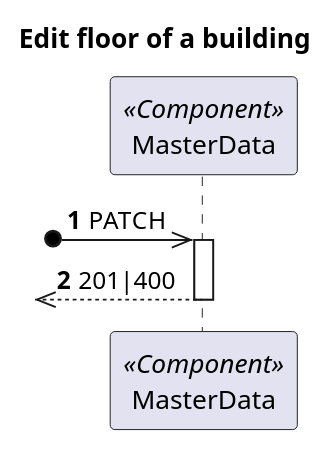
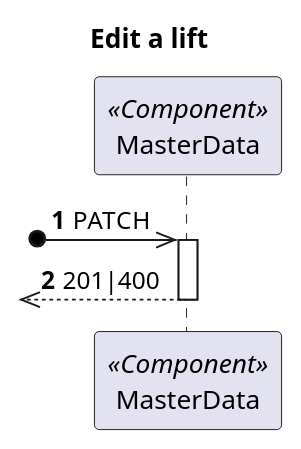
The diagram in docs/Vista Processo/US280/Process_View_Level2_US280.puml (1210910/lapr5), drawn with PlantUML before and after one commit. The commit also changed 66 other files, not shown here.

```diff
--- a/docs/Vista Processo/US280/Process_View_Level2_US280.puml
+++ b/docs/Vista Processo/US280/Process_View_Level2_US280.puml
@@ -1,16 +1,16 @@
 @startuml
 'https://plantuml.com/sequence-diagram
 
 autonumber
 skinparam packageStyle rect
 
-title Edit floor of a building
+title Edit a lift
 
 participant "MasterData" as MD <<Component>>
 
 ?o->> MD : PATCH
 
 activate MD
 ?o<<--- MD : 201|400
 deactivate MD
 @enduml
```
